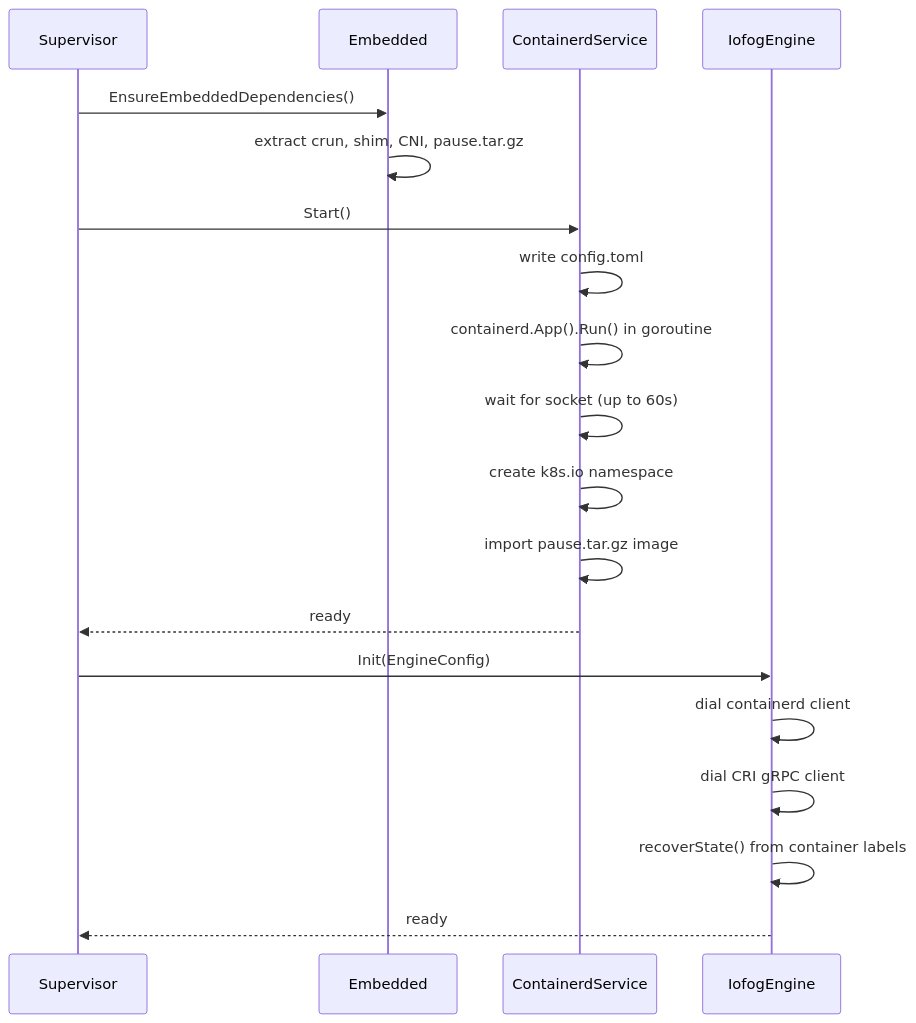
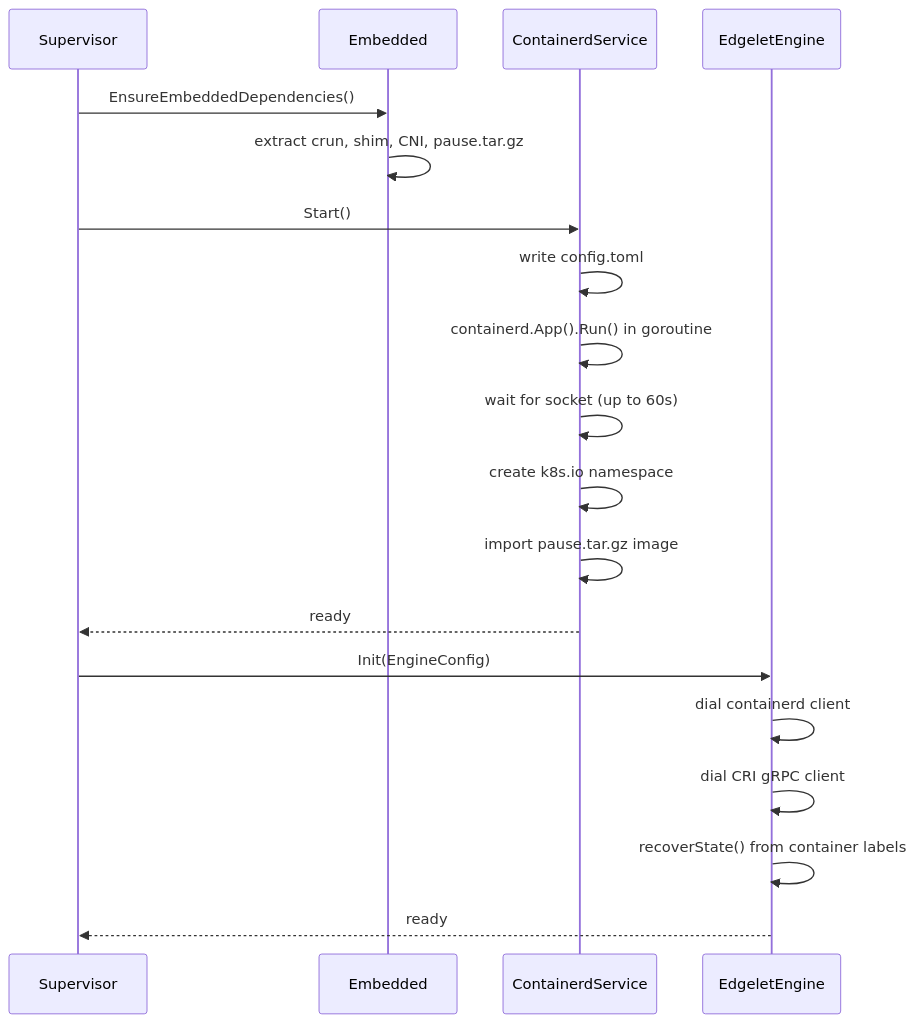
The first of 2 diagrams in docs/container_engine.md (Datasance/edgelet), drawn with Mermaid before and after one commit. The commit also changed other lines of this file and 107 other files, not shown here.

````diff
--- a/docs/container_engine.md
+++ b/docs/container_engine.md
@@ -207,22 +207,22 @@
 ```mermaid
 sequenceDiagram
     participant Supervisor
     participant Embedded
     participant ContainerdService
-    participant IofogEngine
+    participant EdgeletEngine
 
     Supervisor->>Embedded: EnsureEmbeddedDependencies()
     Embedded->>Embedded: extract crun, shim, CNI, pause.tar.gz
     Supervisor->>ContainerdService: Start()
     ContainerdService->>ContainerdService: write config.toml
     ContainerdService->>ContainerdService: containerd.App().Run() in goroutine
     ContainerdService->>ContainerdService: wait for socket (up to 60s)
     ContainerdService->>ContainerdService: create k8s.io namespace
     ContainerdService->>ContainerdService: import pause.tar.gz image
     ContainerdService-->>Supervisor: ready
-    Supervisor->>IofogEngine: Init(EngineConfig)
-    IofogEngine->>IofogEngine: dial containerd client
-    IofogEngine->>IofogEngine: dial CRI gRPC client
-    IofogEngine->>IofogEngine: recoverState() from container labels
-    IofogEngine-->>Supervisor: ready
+    Supervisor->>EdgeletEngine: Init(EngineConfig)
+    EdgeletEngine->>EdgeletEngine: dial containerd client
+    EdgeletEngine->>EdgeletEngine: dial CRI gRPC client
+    EdgeletEngine->>EdgeletEngine: recoverState() from container labels
+    EdgeletEngine-->>Supervisor: ready
 ```
````
